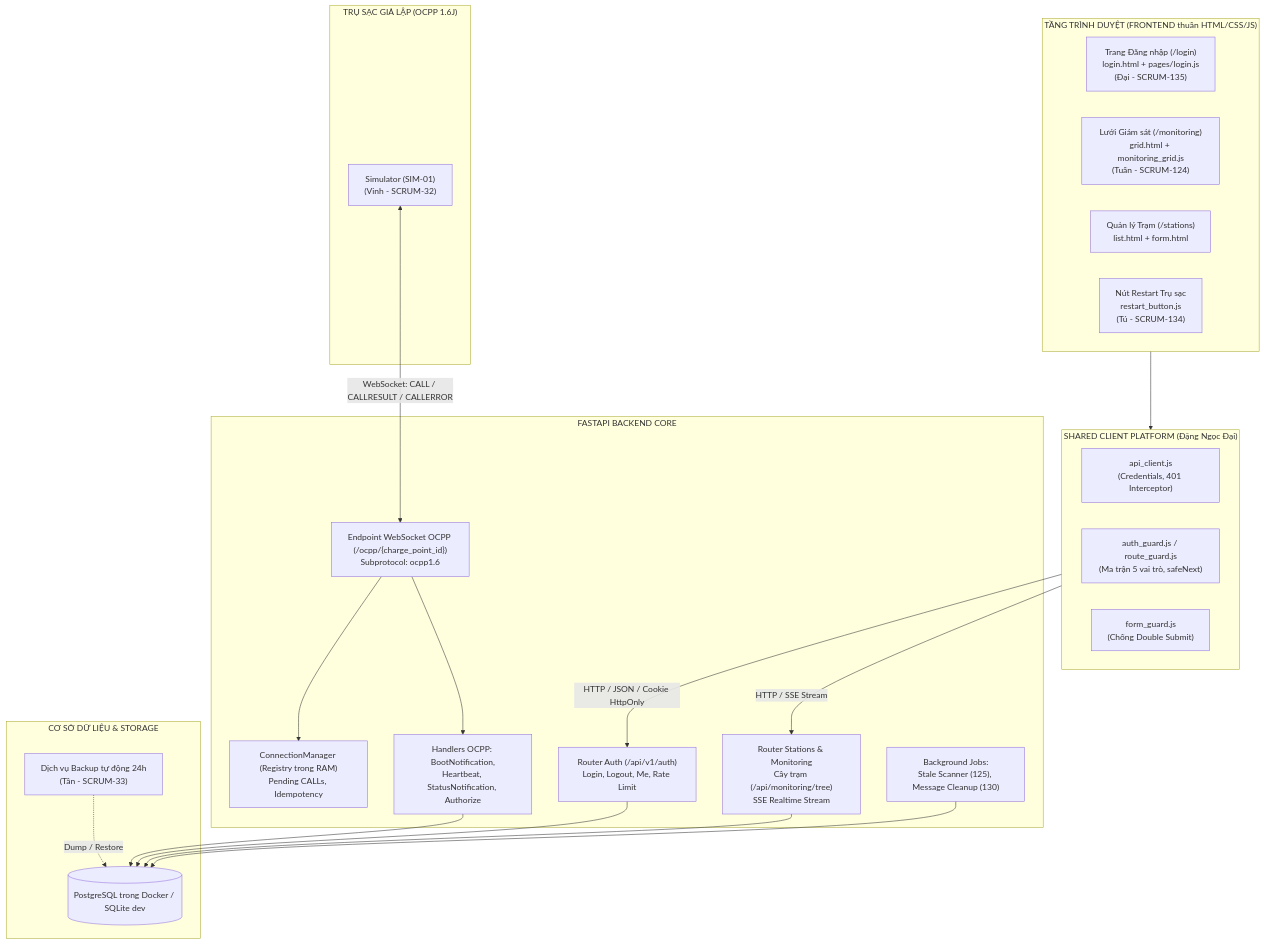
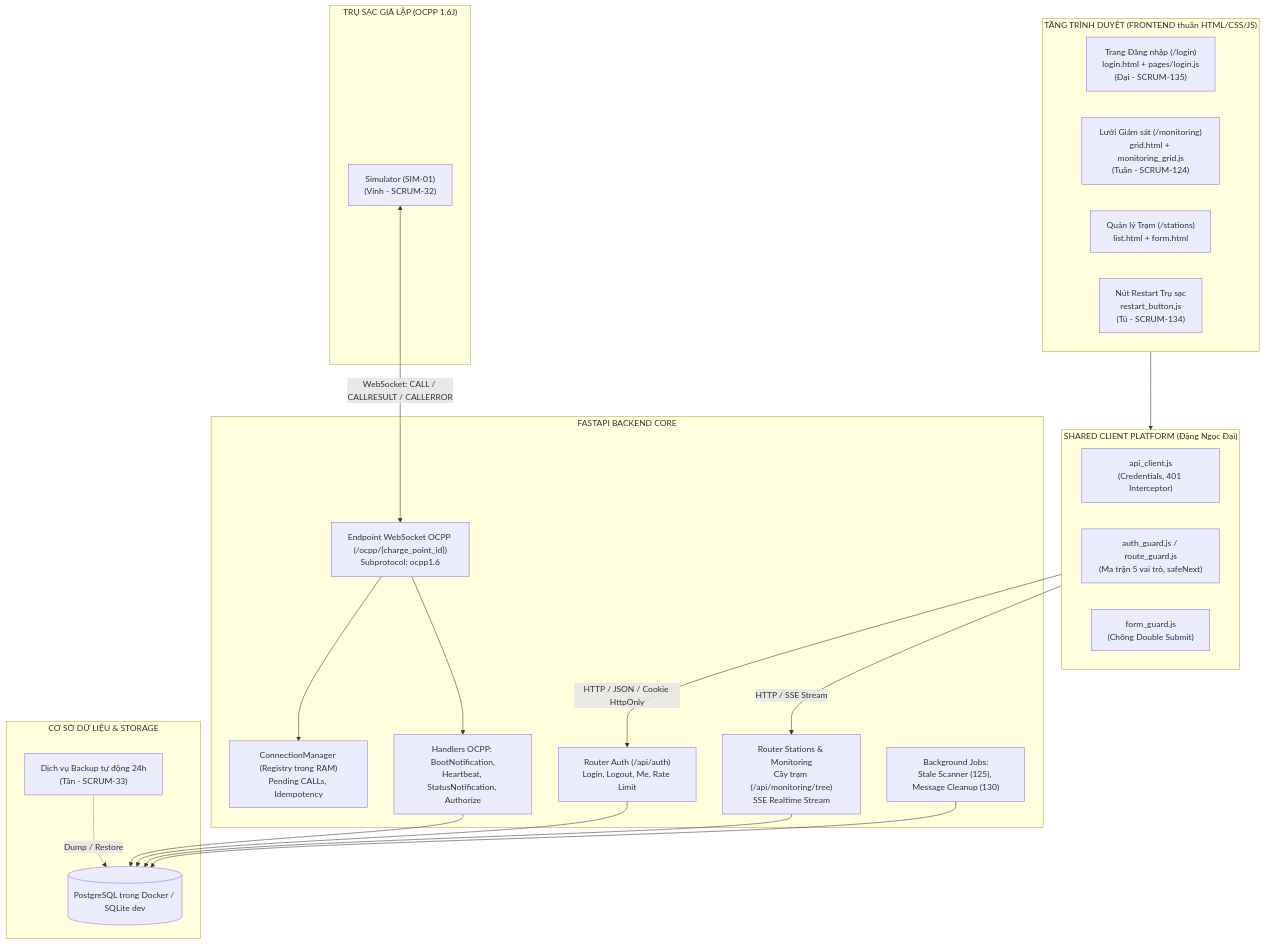
The diagram in huongdan/huong_dan_toan_dien_du_an_csms.md (dipthong7119/TTCS_K8S4_N5), drawn with Mermaid before and after one commit. The commit also changed other lines of this file and 85 other files, not shown here.

````diff
--- a/huongdan/huong_dan_toan_dien_du_an_csms.md
+++ b/huongdan/huong_dan_toan_dien_du_an_csms.md
@@ -37,45 +45,45 @@
 ```mermaid
 flowchart TB
     subgraph Clients["TẦNG TRÌNH DUYỆT (FRONTEND thuần HTML/CSS/JS)"]
         UI_Login["Trang Đăng nhập (/login)\nlogin.html + pages/login.js\n(Đại - SCRUM-135)"]
         UI_Monitor["Lưới Giám sát (/monitoring)\ngrid.html + monitoring_grid.js\n(Tuấn - SCRUM-124)"]
         UI_Stations["Quản lý Trạm (/stations)\nlist.html + form.html"]
         UI_Restart["Nút Restart Trụ sạc\nrestart_button.js\n(Tú - SCRUM-134)"]
     end
 
     subgraph SharedFrontend["SHARED CLIENT PLATFORM (Đặng Ngọc Đại)"]
         ApiClient["api_client.js\n(Credentials, 401 Interceptor)"]
         AuthGuard["auth_guard.js / route_guard.js\n(Ma trận 5 vai trò, safeNext)"]
         FormGuard["form_guard.js\n(Chống Double Submit)"]
     end
 
     subgraph Backend["FASTAPI BACKEND CORE"]
-        AuthRouter["Router Auth (/api/v1/auth)\nLogin, Logout, Me, Rate Limit"]
+        AuthRouter["Router Auth (/api/auth)\nLogin, Logout, Me, Rate Limit"]
         StationRouter["Router Stations & Monitoring\nCây trạm (/api/monitoring/tree)\nSSE Realtime Stream"]
         OCPPRouter["Endpoint WebSocket OCPP (/ocpp/{charge_point_id})\nSubprotocol: ocpp1.6"]
         ConnManager["ConnectionManager (Registry trong RAM)\nPending CALLs, Idempotency"]
         OCPPHandlers["Handlers OCPP: BootNotification,\nHeartbeat, StatusNotification, Authorize"]
         BackgroundJobs["Background Jobs:\nStale Scanner (125), Message Cleanup (130)"]
     end
 
     subgraph Database["CƠ SỞ DỮ LIỆU & STORAGE"]
         DB[(PostgreSQL trong Docker / SQLite dev)]
         BackupService["Dịch vụ Backup tự động 24h\n(Tân - SCRUM-33)"]
     end
 
     subgraph Simulators["TRỤ SẠC GIẢ LẬP (OCPP 1.6J)"]
         Sim["Simulator (SIM-01)\n(Vinh - SCRUM-32)"]
     end
 
     Clients --> SharedFrontend
     SharedFrontend -->|HTTP / JSON / Cookie HttpOnly| AuthRouter
     SharedFrontend -->|HTTP / SSE Stream| StationRouter
     Sim <-->|WebSocket: CALL / CALLRESULT / CALLERROR| OCPPRouter
     OCPPRouter --> ConnManager
     OCPPRouter --> OCPPHandlers
     OCPPHandlers --> DB
     StationRouter --> DB
     AuthRouter --> DB
     BackgroundJobs --> DB
     BackupService -.->|Dump / Restore| DB
 ```
````
